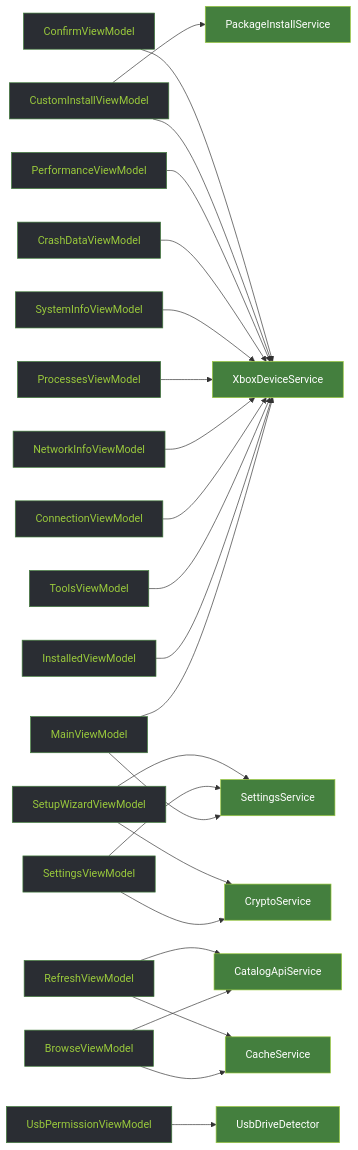
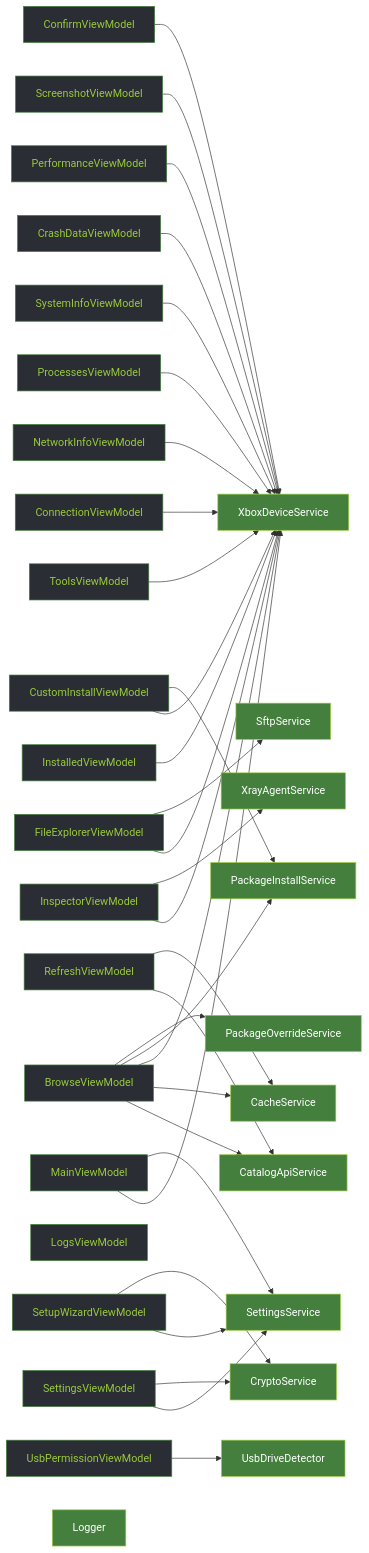
The fourth of 5 diagrams in docs/architecture.md (marcelofrau/xb-homebrew-vault), drawn with Mermaid before and after one commit. The commit also changed other lines of this file and 31 other files, not shown here.

````diff
--- a/docs/architecture.md
+++ b/docs/architecture.md
@@ -262,57 +281,78 @@
 ```mermaid
 graph LR
     MVM[MainViewModel] --> XS
     MVM --> SSvc
     BVM[BrowseViewModel] --> CAS
     BVM --> CSvc
+    BVM --> XS
+    BVM --> PS
+    BVM --> PO
     IVM[InstalledViewModel] --> XS
+    FVM[FileExplorerViewModel] --> XS
+    FVM --> Sftp
     SVM[SettingsViewModel] --> SSvc
     SVM --> CS
     TVM[ToolsViewModel] --> XS
     CVM[ConnectionViewModel] --> XS
     NIVM[NetworkInfoViewModel] --> XS
     PVM[ProcessesViewModel] --> XS
     SIVM[SystemInfoViewModel] --> XS
     CDVM[CrashDataViewModel] --> XS
     PerfVM[PerformanceViewModel] --> XS
     RVM[RefreshViewModel] --> CAS
     RVM --> CSvc
     CIWM[CustomInstallViewModel] --> XS
     CIWM --> PS
+    InVM[InspectorViewModel] --> XS
+    InVM --> XRay
+    ShVM[ScreenshotViewModel] --> XS
+    LVM[LogsViewModel]
     ConfVM[ConfirmViewModel] --> XS
     USBVM[UsbPermissionViewModel] --> UDD
     SWVM[SetupWizardViewModel] --> SSvc
     SWVM --> CS
     
     XS[XboxDeviceService]
     CAS[CatalogApiService]
     SSvc[SettingsService]
     CS[CryptoService]
     CSvc[CacheService]
     UDD[UsbDriveDetector]
     PS[PackageInstallService]
+    Sftp[SftpService]
+    XRay[XrayAgentService]
+    PO[PackageOverrideService]
+    L[Logger]
     
     style MVM fill:#2A2D33,stroke:#447F3E,color:#9ACA3C
     style BVM fill:#2A2D33,stroke:#447F3E,color:#9ACA3C
     style IVM fill:#2A2D33,stroke:#447F3E,color:#9ACA3C
+    style FVM fill:#2A2D33,stroke:#447F3E,color:#9ACA3C
     style SVM fill:#2A2D33,stroke:#447F3E,color:#9ACA3C
     style TVM fill:#2A2D33,stroke:#447F3E,color:#9ACA3C
     style CVM fill:#2A2D33,stroke:#447F3E,color:#9ACA3C
     style NIVM fill:#2A2D33,stroke:#447F3E,color:#9ACA3C
     style PVM fill:#2A2D33,stroke:#447F3E,color:#9ACA3C
     style SIVM fill:#2A2D33,stroke:#447F3E,color:#9ACA3C
     style CDVM fill:#2A2D33,stroke:#447F3E,color:#9ACA3C
     style PerfVM fill:#2A2D33,stroke:#447F3E,color:#9ACA3C
     style RVM fill:#2A2D33,stroke:#447F3E,color:#9ACA3C
     style CIWM fill:#2A2D33,stroke:#447F3E,color:#9ACA3C
+    style InVM fill:#2A2D33,stroke:#447F3E,color:#9ACA3C
+    style ShVM fill:#2A2D33,stroke:#447F3E,color:#9ACA3C
+    style LVM fill:#2A2D33,stroke:#447F3E,color:#9ACA3C
     style ConfVM fill:#2A2D33,stroke:#447F3E,color:#9ACA3C
     style USBVM fill:#2A2D33,stroke:#447F3E,color:#9ACA3C
     style SWVM fill:#2A2D33,stroke:#447F3E,color:#9ACA3C
     style XS fill:#447F3E,stroke:#9ACA3C,color:#fff
     style CAS fill:#447F3E,stroke:#9ACA3C,color:#fff
     style SSvc fill:#447F3E,stroke:#9ACA3C,color:#fff
     style CS fill:#447F3E,stroke:#9ACA3C,color:#fff
     style CSvc fill:#447F3E,stroke:#9ACA3C,color:#fff
     style UDD fill:#447F3E,stroke:#9ACA3C,color:#fff
     style PS fill:#447F3E,stroke:#9ACA3C,color:#fff
+    style Sftp fill:#447F3E,stroke:#9ACA3C,color:#fff
+    style XRay fill:#447F3E,stroke:#9ACA3C,color:#fff
+    style PO fill:#447F3E,stroke:#9ACA3C,color:#fff
+    style L fill:#447F3E,stroke:#9ACA3C,color:#fff
 ```
````
